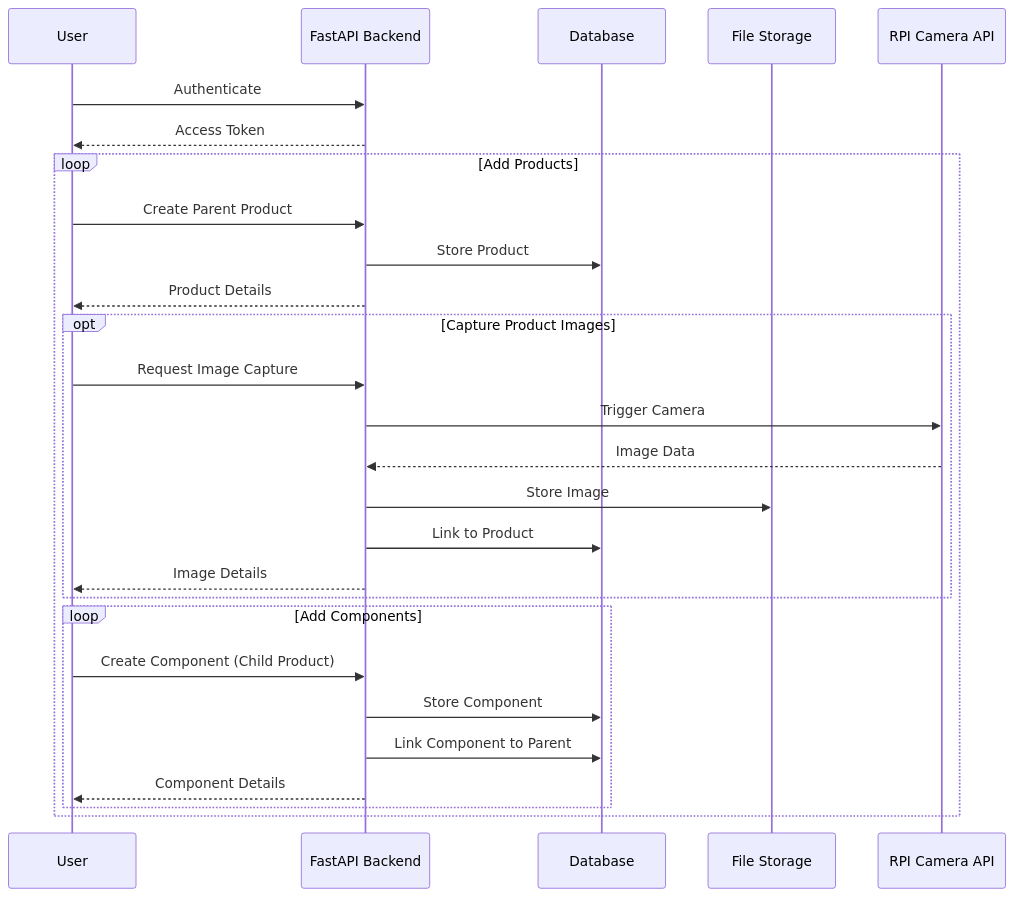
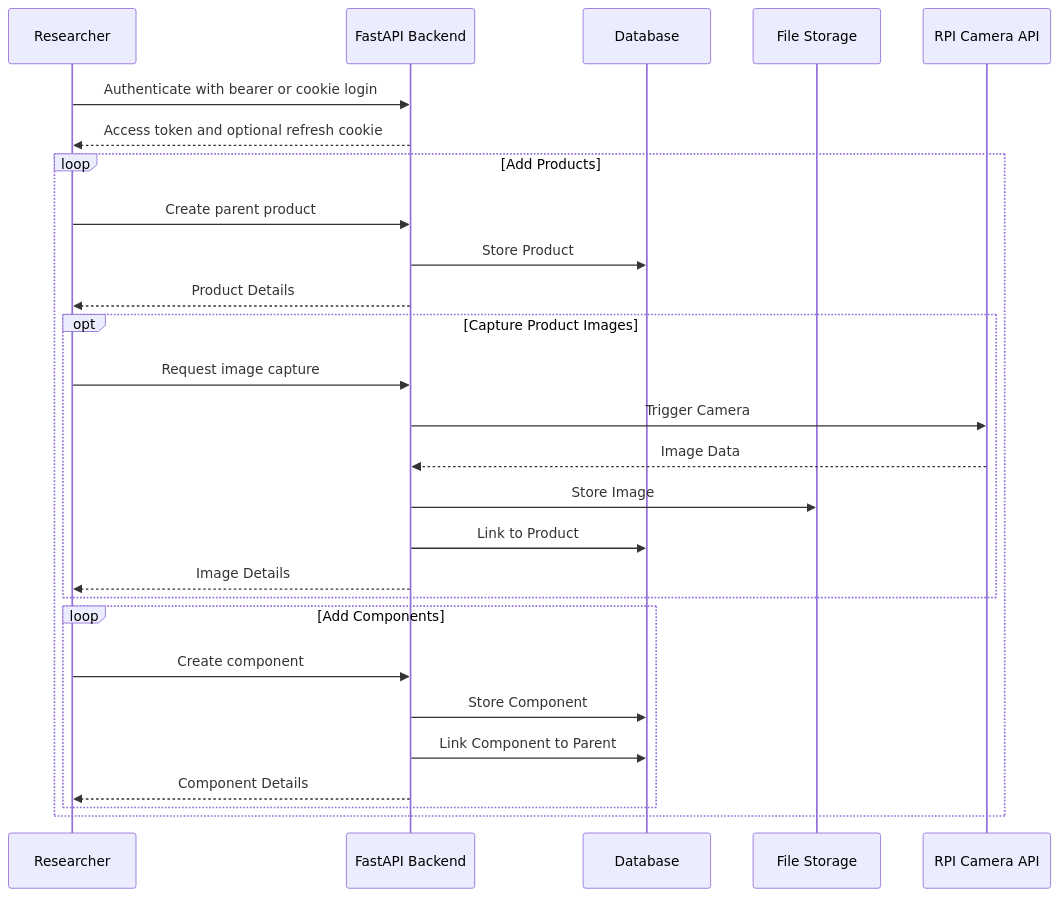
One commit to CMLPlatform/relab changed the diagram in docs/docs/architecture/api.md. Above: the diagram before and after it, drawn with Mermaid. The commit also changed other lines of this file and 41 other files, not shown here.

````diff
--- a/docs/docs/architecture/api.md
+++ b/docs/docs/architecture/api.md
@@ -29,33 +50,33 @@
 ```mermaid
 sequenceDiagram
-    participant User
+    participant Researcher
     participant API as FastAPI Backend
     participant DB as Database
     participant Storage as File Storage
     participant RPI as RPI Camera API
 
-    User->>API: Authenticate
-    API-->>User: Access Token
+    Researcher->>API: Authenticate with bearer or cookie login
+    API-->>Researcher: Access token and optional refresh cookie
 
     loop Add Products
-        User->>API: Create Parent Product
+        Researcher->>API: Create parent product
         API->>DB: Store Product
-        API-->>User: Product Details
+        API-->>Researcher: Product Details
 
         opt Capture Product Images
-            User->>API: Request Image Capture
+            Researcher->>API: Request image capture
             API->>RPI: Trigger Camera
             RPI-->>API: Image Data
             API->>Storage: Store Image
             API->>DB: Link to Product
-            API-->>User: Image Details
+            API-->>Researcher: Image Details
         end
 
         loop Add Components
-            User->>API: Create Component (Child Product)
+            Researcher->>API: Create component
             API->>DB: Store Component
             API->>DB: Link Component to Parent
-            API-->>User: Component Details
+            API-->>Researcher: Component Details
         end
     end
 ```
````
